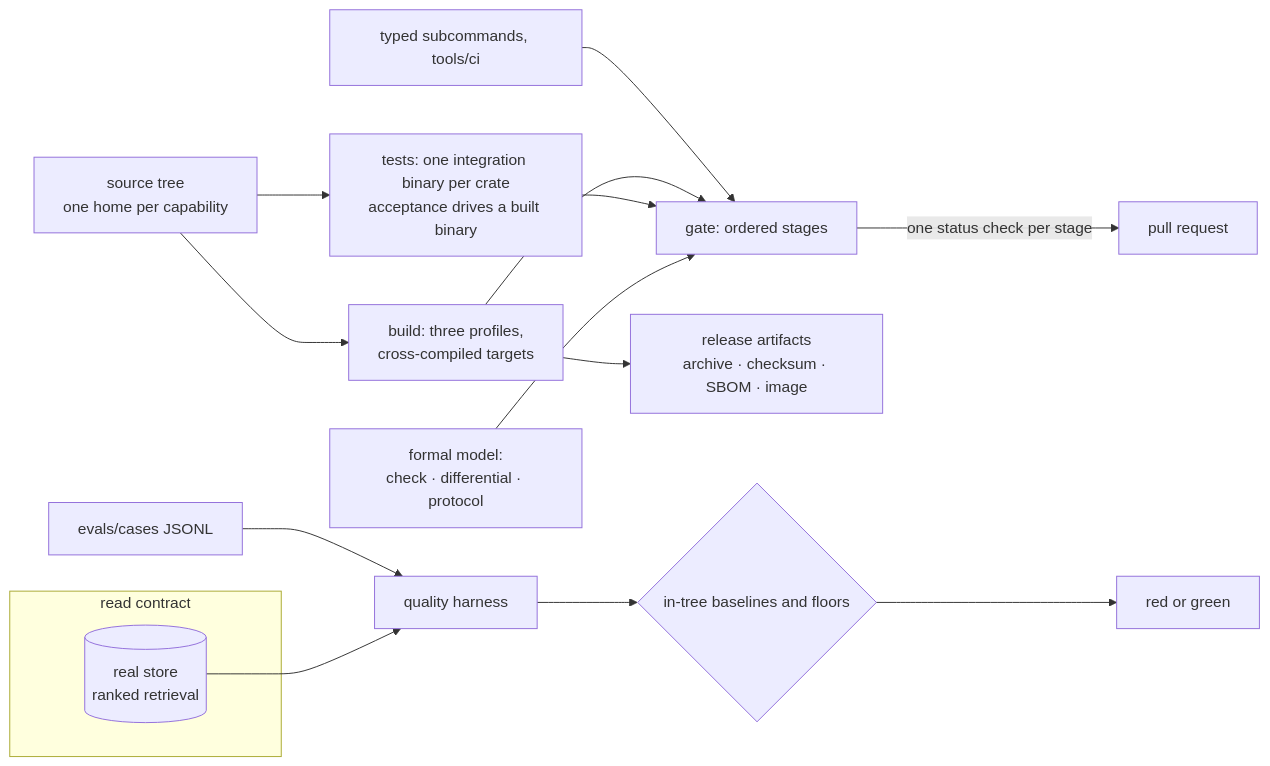
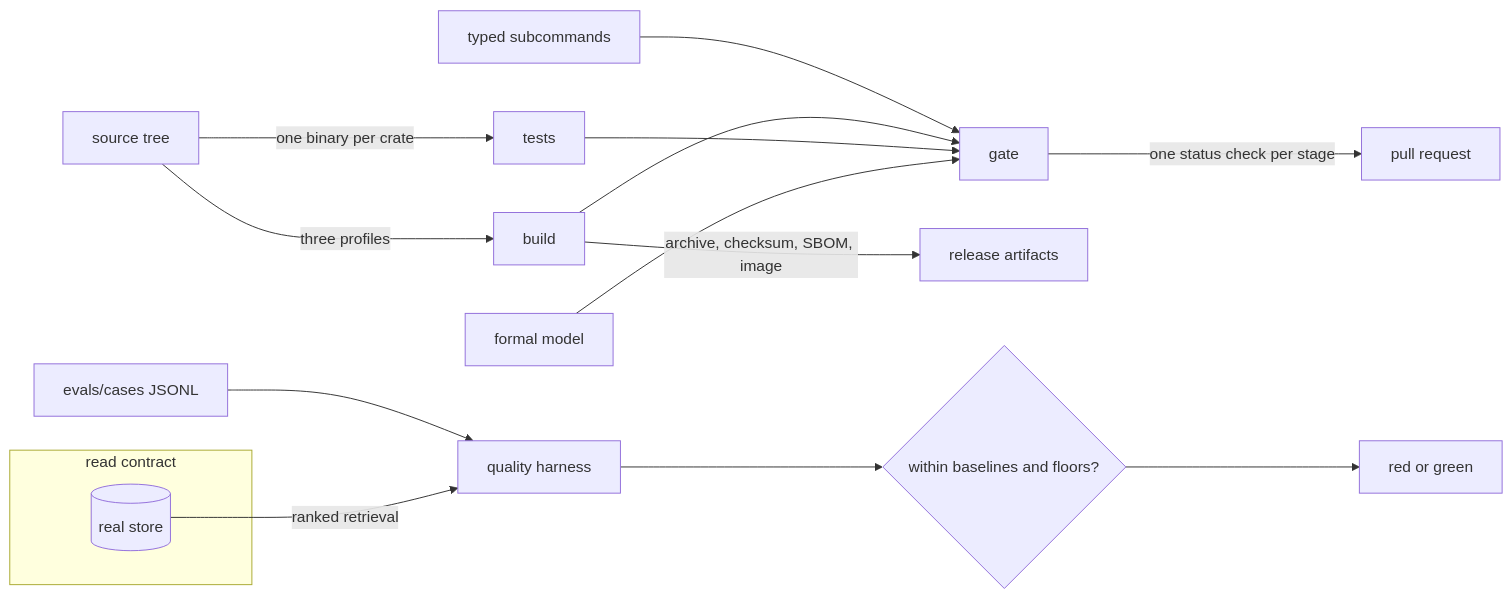
Before and after one commit to fractalboxdev/contextful: the first of 3 diagrams in spec/81-engineering.md, drawn with Mermaid. The commit also changed other lines of this file and 24 other files, not shown here.

First line of the commit message:
spec: every flowchart draws one entity or process per node

````diff
--- a/spec/81-engineering.md
+++ b/spec/81-engineering.md
@@ -21,18 +21,18 @@
 ```mermaid
 flowchart LR
-  SRC["source tree<br/>one home per capability"] --> BUILD["build: three profiles,<br/>cross-compiled targets"]
-  SRC --> TESTS["tests: one integration binary per crate<br/>acceptance drives a built binary"]
-  AUTO["typed subcommands, tools/ci"] --> GATE["gate: ordered stages"]
+  SRC["source tree"] -- "three profiles" --> BUILD["build"]
+  SRC -- "one binary per crate" --> TESTS["tests"]
+  AUTO["typed subcommands"] --> GATE["gate"]
   BUILD --> GATE
   TESTS --> GATE
-  FORMAL["formal model:<br/>check · differential · protocol"] --> GATE
+  FORMAL["formal model"] --> GATE
   GATE -- "one status check per stage" --> PR["pull request"]
-  BUILD --> ART["release artifacts<br/>archive · checksum · SBOM · image"]
+  BUILD -- "archive, checksum, SBOM, image" --> ART["release artifacts"]
   subgraph read["read contract"]
-    STORE[("real store<br/>ranked retrieval")]
+    STORE[("real store")]
   end
   CASES["evals/cases JSONL"] --> EVAL["quality harness"]
-  STORE --> EVAL
-  EVAL --> BASE{"in-tree baselines and floors"}
+  STORE -- "ranked retrieval" --> EVAL
+  EVAL --> BASE{"within baselines and floors?"}
   BASE --> V["red or green"]
 ```
````
